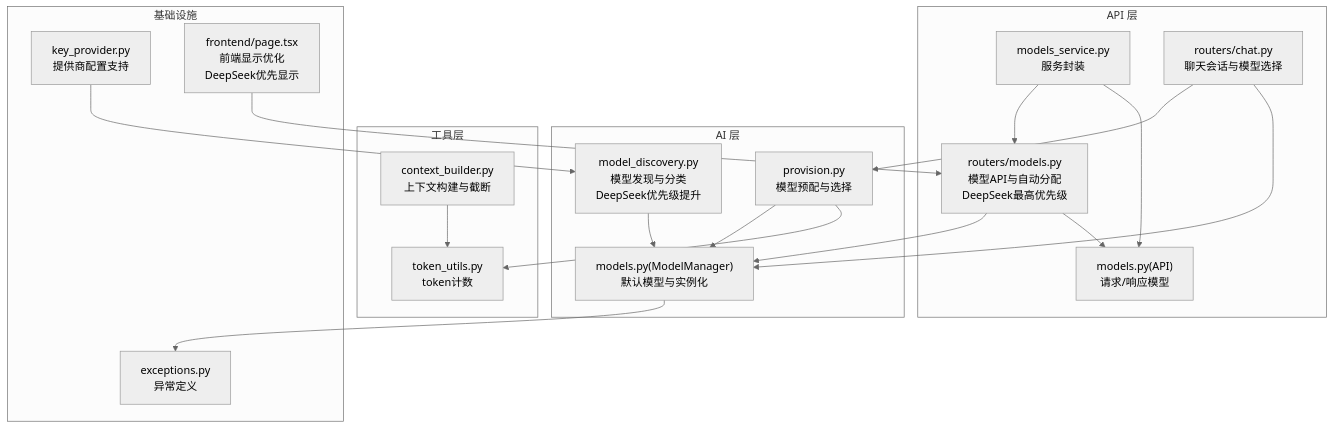
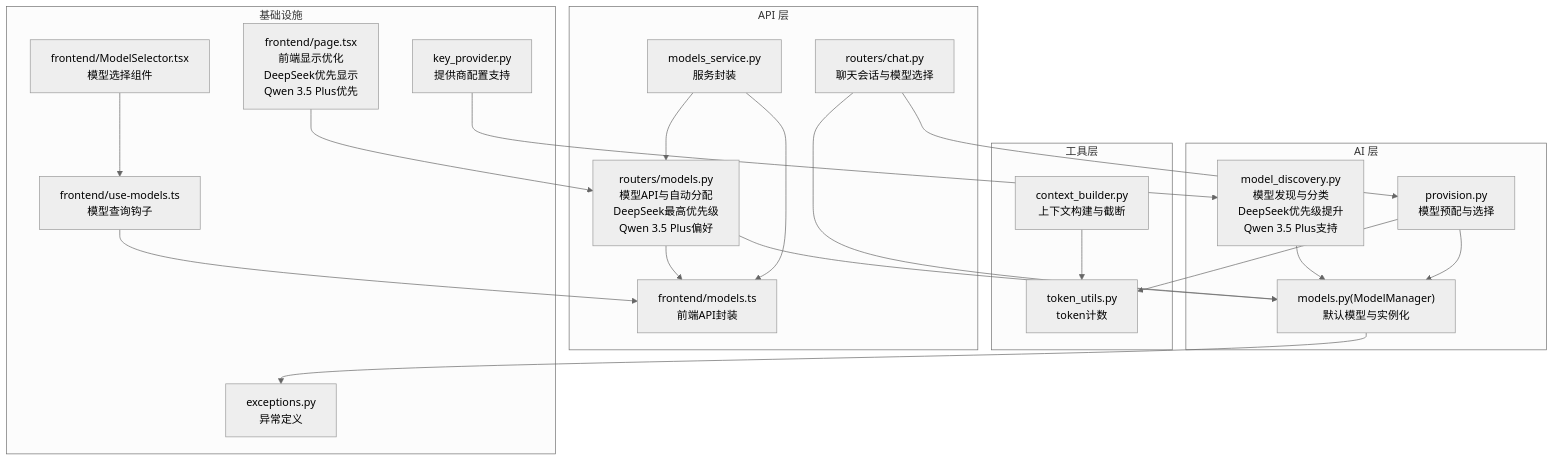
Before and after one commit to jackeyunjie/open-notebook: the first of 7 diagrams in .qoder/repowiki/zh/content/后端架构/AI服务集成/模型发现与选择.md, drawn with Mermaid (neutral theme). The commit also changed other lines of this file and 51 other files, not shown here.

````diff
--- a/.qoder/repowiki/zh/content/后端架构/AI服务集成/模型发现与选择.md
+++ b/.qoder/repowiki/zh/content/后端架构/AI服务集成/模型发现与选择.md
@@ -54,36 +58,41 @@
 ```mermaid
 graph TB
 subgraph "AI 层"
-MD["model_discovery.py<br/>模型发现与分类<br/>DeepSeek优先级提升"]
+MD["model_discovery.py<br/>模型发现与分类<br/>DeepSeek优先级提升<br/>Qwen 3.5 Plus支持"]
 MM["models.py(ModelManager)<br/>默认模型与实例化"]
 PR["provision.py<br/>模型预配与选择"]
 end
 subgraph "工具层"
 TU["token_utils.py<br/>token计数"]
 CB["context_builder.py<br/>上下文构建与截断"]
 end
 subgraph "API 层"
-MR["routers/models.py<br/>模型API与自动分配<br/>DeepSeek最高优先级"]
+MR["routers/models.py<br/>模型API与自动分配<br/>DeepSeek最高优先级<br/>Qwen 3.5 Plus偏好"]
 MS["models_service.py<br/>服务封装"]
 API["models.py(API)<br/>请求/响应模型"]
 CHAT["routers/chat.py<br/>聊天会话与模型选择"]
 end
 subgraph "基础设施"
 EX["exceptions.py<br/>异常定义"]
 KP["key_provider.py<br/>提供商配置支持"]
-FR["frontend/page.tsx<br/>前端显示优化<br/>DeepSeek优先显示"]
+FR["frontend/page.tsx<br/>前端显示优化<br/>DeepSeek优先显示<br/>Qwen 3.5 Plus优先"]
+SEL["frontend/ModelSelector.tsx<br/>模型选择组件"]
+HOOK["frontend/use-models.ts<br/>模型查询钩子"]
+API["frontend/models.ts<br/>前端API封装"]
 end
 MD --> MM
 PR --> MM
 PR --> TU
 CB --> TU
 MR --> MM
 MS --> MR
 CHAT --> PR
 CHAT --> MM
 MR --> API
 MS --> API
 MM --> EX
 KP --> MD
 FR --> MR
+SEL --> HOOK
+HOOK --> API
 ```
````
